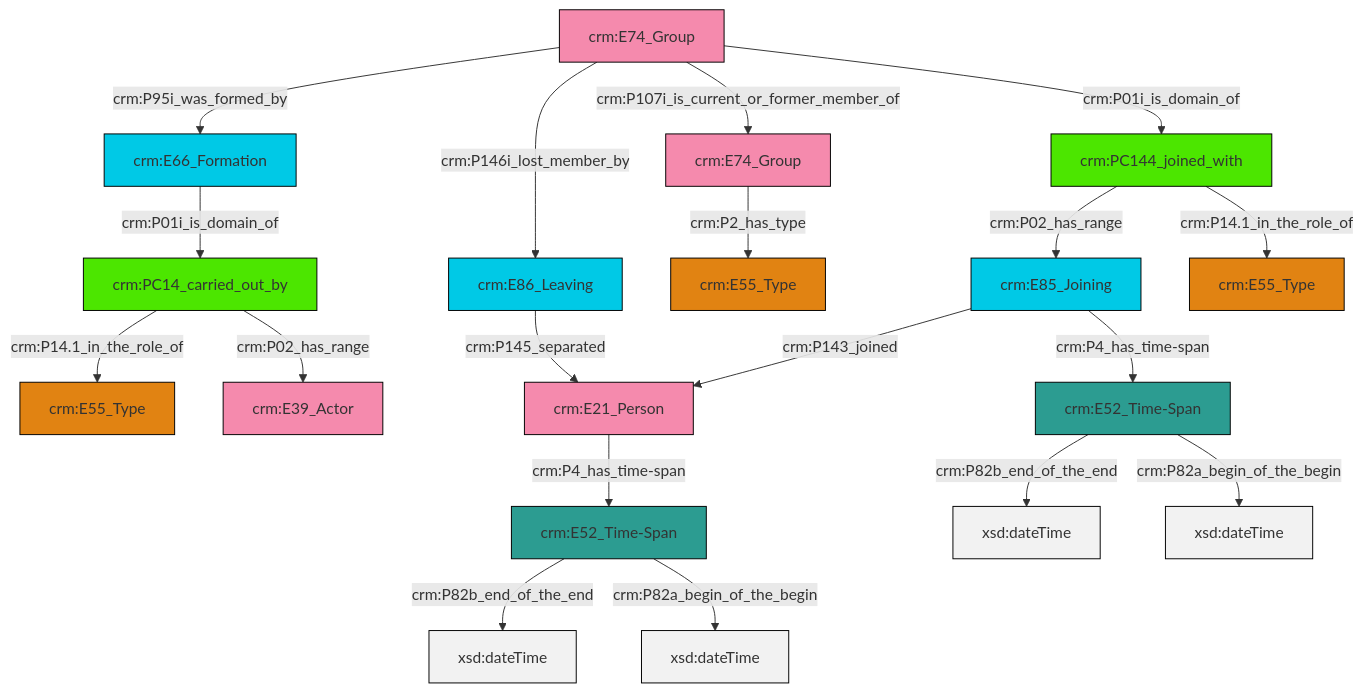
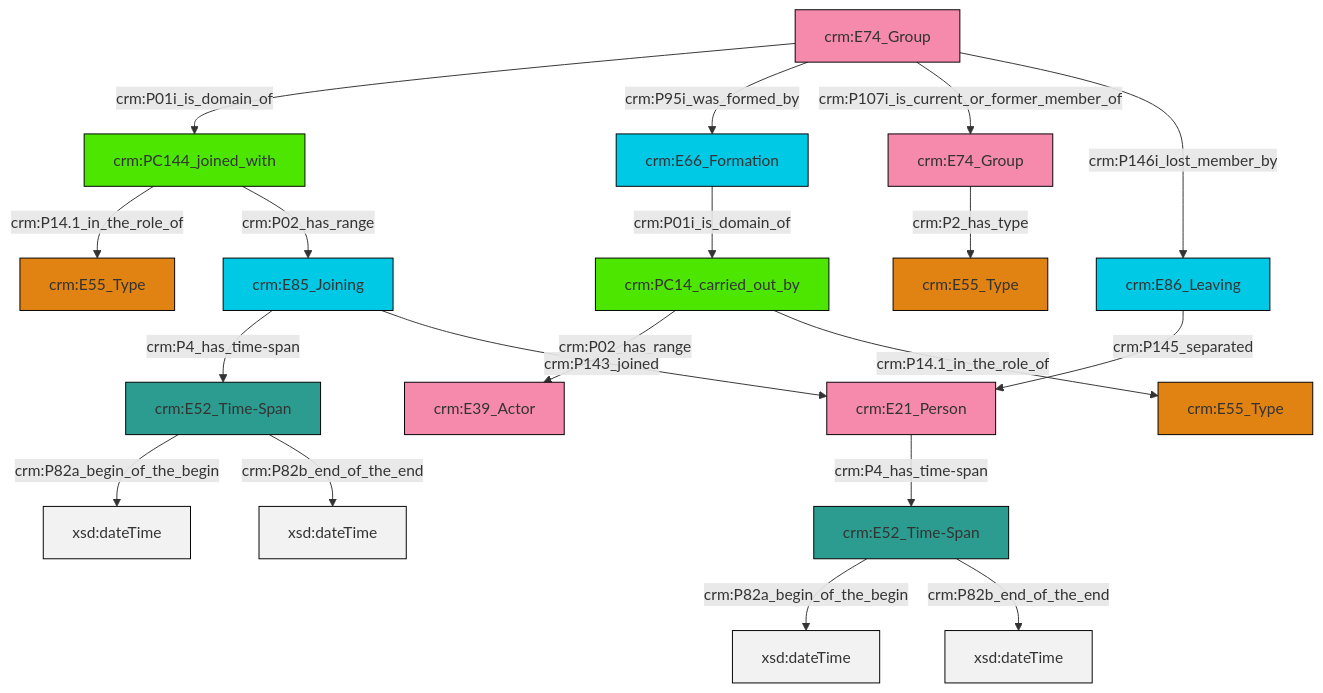
Before and after one commit to swiss-art-research-net/reference-data-models: the diagram in et/groupCSV/ttl/mmd/group_actor_relations.ttl.mmd, drawn with Mermaid. The commit also changed 130 other files, not shown here.

```diff
--- a/et/groupCSV/ttl/mmd/group_actor_relations.ttl.mmd
+++ b/et/groupCSV/ttl/mmd/group_actor_relations.ttl.mmd
@@ -1,33 +1,33 @@
 graph TD
 classDef Literal fill:#f2f2f2,stroke:#000000;
 classDef CRM_Entity fill:#FFFFFF,stroke:#000000;
 classDef Temporal_Entity fill:#00C9E6, stroke:#000000;
 classDef Type fill:#E18312, stroke:#000000;
 classDef Time-Span fill:#2C9C91, stroke:#000000;
 classDef Appellation fill:#FFEB7F, stroke:#000000;
 classDef Place fill:#008836, stroke:#000000;
 classDef Persistent_Item fill:#B266B2, stroke:#000000;
 classDef Conceptual_Object fill:#FFD700, stroke:#000000;
 classDef Physical_Thing fill:#D2B48C, stroke:#000000;
 classDef Actor fill:#f58aad, stroke:#000000;
 classDef PC_Classes fill:#4ce600, stroke:#000000;
 classDef Multi fill:#cccccc,stroke:#000000;
 
-0["crm:PC144_joined_with"]:::PC_Classes -->|crm:P02_has_range| 1["crm:E85_Joining"]:::Temporal_Entity
-1["crm:E85_Joining"]:::Temporal_Entity -->|crm:P143_joined| 2["crm:E21_Person"]:::Actor
-5["crm:E52_Time-Span"]:::Time-Span -->|crm:P82b_end_of_the_end| 6[xsd:dateTime]:::Literal
-9["crm:PC14_carried_out_by"]:::PC_Classes -->|crm:P14.1_in_the_role_of| 3["crm:E55_Type"]:::Type
-5["crm:E52_Time-Span"]:::Time-Span -->|crm:P82a_begin_of_the_begin| 10[xsd:dateTime]:::Literal
-13["crm:E66_Formation"]:::Temporal_Entity -->|crm:P01i_is_domain_of| 9["crm:PC14_carried_out_by"]:::PC_Classes
-0["crm:PC144_joined_with"]:::PC_Classes -->|crm:P14.1_in_the_role_of| 11["crm:E55_Type"]:::Type
-16["crm:E86_Leaving"]:::Temporal_Entity -->|crm:P145_separated| 2["crm:E21_Person"]:::Actor
-2["crm:E21_Person"]:::Actor -->|crm:P4_has_time-span| 20["crm:E52_Time-Span"]:::Time-Span
-21["crm:E74_Group"]:::Actor -->|crm:P95i_was_formed_by| 13["crm:E66_Formation"]:::Temporal_Entity
-21["crm:E74_Group"]:::Actor -->|crm:P146i_lost_member_by| 16["crm:E86_Leaving"]:::Temporal_Entity
-23["crm:E74_Group"]:::Actor -->|crm:P2_has_type| 7["crm:E55_Type"]:::Type
-9["crm:PC14_carried_out_by"]:::PC_Classes -->|crm:P02_has_range| 14["crm:E39_Actor"]:::Actor
-20["crm:E52_Time-Span"]:::Time-Span -->|crm:P82b_end_of_the_end| 25[xsd:dateTime]:::Literal
-1["crm:E85_Joining"]:::Temporal_Entity -->|crm:P4_has_time-span| 5["crm:E52_Time-Span"]:::Time-Span
-21["crm:E74_Group"]:::Actor -->|crm:P107i_is_current_or_former_member_of| 23["crm:E74_Group"]:::Actor
-21["crm:E74_Group"]:::Actor -->|crm:P01i_is_domain_of| 0["crm:PC144_joined_with"]:::PC_Classes
-20["crm:E52_Time-Span"]:::Time-Span -->|crm:P82a_begin_of_the_begin| 30[xsd:dateTime]:::Literal
+0["crm:E74_Group"]:::Actor -->|crm:P01i_is_domain_of| 1["crm:PC144_joined_with"]:::PC_Classes
+0["crm:E74_Group"]:::Actor -->|crm:P95i_was_formed_by| 4["crm:E66_Formation"]:::Temporal_Entity
+8["crm:PC14_carried_out_by"]:::PC_Classes -->|crm:P02_has_range| 5["crm:E39_Actor"]:::Actor
+12["crm:E52_Time-Span"]:::Time-Span -->|crm:P82a_begin_of_the_begin| 13[xsd:dateTime]:::Literal
+16["crm:E85_Joining"]:::Temporal_Entity -->|crm:P4_has_time-span| 12["crm:E52_Time-Span"]:::Time-Span
+0["crm:E74_Group"]:::Actor -->|crm:P107i_is_current_or_former_member_of| 19["crm:E74_Group"]:::Actor
+22["crm:E52_Time-Span"]:::Time-Span -->|crm:P82a_begin_of_the_begin| 23[xsd:dateTime]:::Literal
+16["crm:E85_Joining"]:::Temporal_Entity -->|crm:P143_joined| 17["crm:E21_Person"]:::Actor
+8["crm:PC14_carried_out_by"]:::PC_Classes -->|crm:P14.1_in_the_role_of| 14["crm:E55_Type"]:::Type
+10["crm:E86_Leaving"]:::Temporal_Entity -->|crm:P145_separated| 17["crm:E21_Person"]:::Actor
+1["crm:PC144_joined_with"]:::PC_Classes -->|crm:P14.1_in_the_role_of| 25["crm:E55_Type"]:::Type
+12["crm:E52_Time-Span"]:::Time-Span -->|crm:P82b_end_of_the_end| 28[xsd:dateTime]:::Literal
+17["crm:E21_Person"]:::Actor -->|crm:P4_has_time-span| 22["crm:E52_Time-Span"]:::Time-Span
+19["crm:E74_Group"]:::Actor -->|crm:P2_has_type| 2["crm:E55_Type"]:::Type
+1["crm:PC144_joined_with"]:::PC_Classes -->|crm:P02_has_range| 16["crm:E85_Joining"]:::Temporal_Entity
+22["crm:E52_Time-Span"]:::Time-Span -->|crm:P82b_end_of_the_end| 33[xsd:dateTime]:::Literal
+0["crm:E74_Group"]:::Actor -->|crm:P146i_lost_member_by| 10["crm:E86_Leaving"]:::Temporal_Entity
+4["crm:E66_Formation"]:::Temporal_Entity -->|crm:P01i_is_domain_of| 8["crm:PC14_carried_out_by"]:::PC_Classes
```
